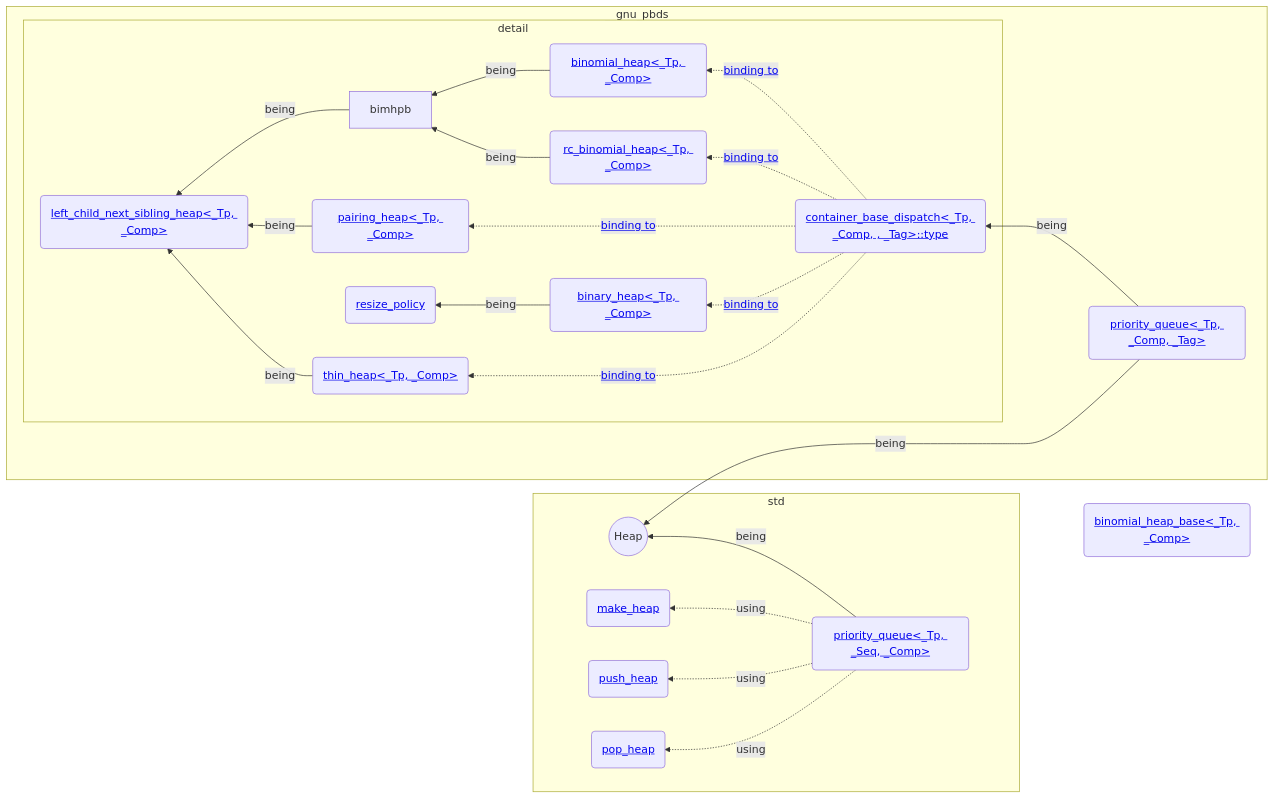
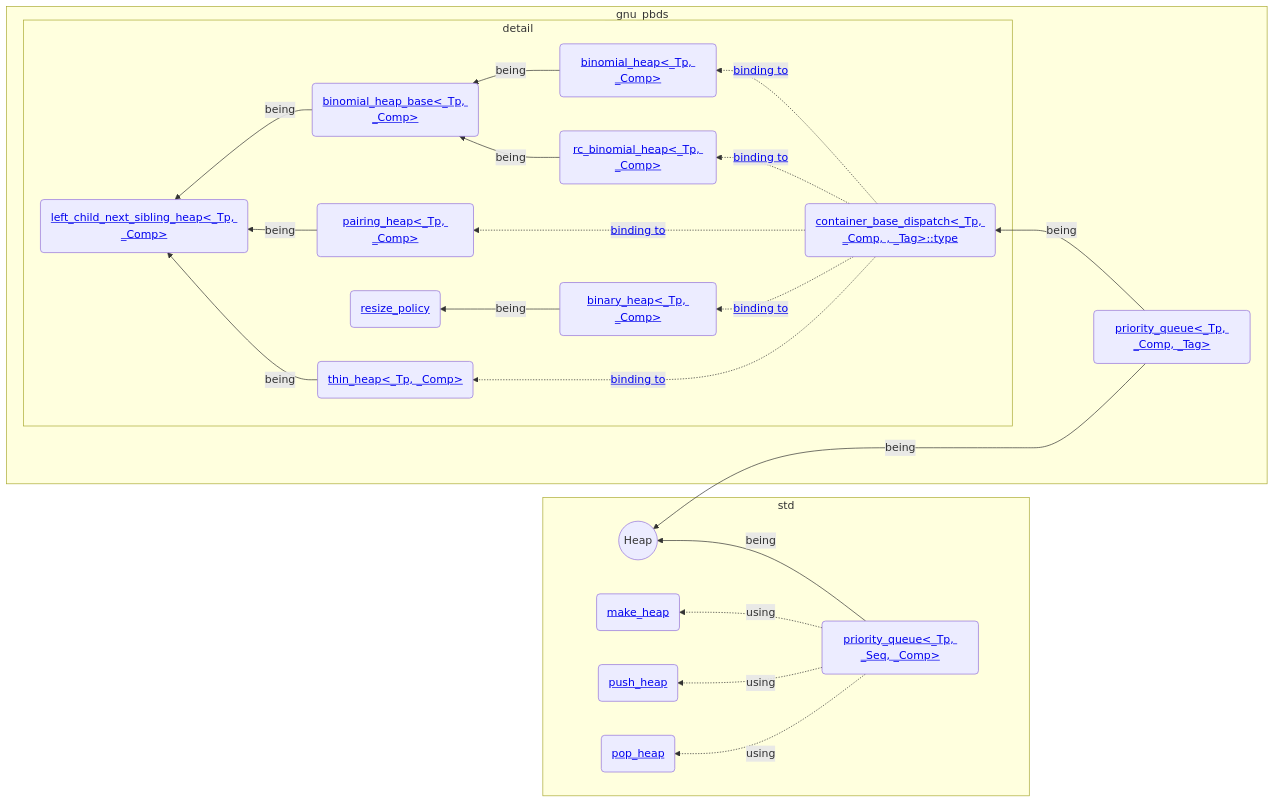
One commit to AsherJingkongChen/ds-assign4 changed the diagram in doc/priority_queue.md. Above: the diagram before and after it, drawn with Mermaid.

Commit message:
Asher Chen commited at 2022-12-28_17-41-20

````diff
--- a/doc/priority_queue.md
+++ b/doc/priority_queue.md
@@ -3,47 +3,47 @@
 ```mermaid
 graph RL;
 heap((Heap));
 spq(<a href=https://gcc.gnu.org/onlinedocs/gcc-12.2.0/libstdc++/api/a08762.html>priority_queue<_Tp, _Seq, _Comp></a>);
 make(<a href=https://gcc.gnu.org/onlinedocs/gcc-12.2.0/libstdc++/api/a01614.html#ga2a685c934e85086e5ac372026e8064f6>make_heap</a>);
 push(<a href=https://gcc.gnu.org/onlinedocs/gcc-12.2.0/libstdc++/api/a01614.html#gab628ce505c9574f8929a0fa49ed514b3>push_heap</a>);
 pop(<a href=https://gcc.gnu.org/onlinedocs/gcc-12.2.0/libstdc++/api/a01614.html#ga0a57ba46981d46e0f3ebd4703d0ad18b>pop_heap);
 
 binhp(<a href=https://gcc.gnu.org/onlinedocs/gcc-12.2.0/libstdc++/api/a13278.html>binary_heap<_Tp, _Comp></a>);
 bimhp(<a href=https://gcc.gnu.org/onlinedocs/gcc-12.2.0/libstdc++/api/a13326.html>binomial_heap<_Tp, _Comp></a>);
 pahp(<a href=https://gcc.gnu.org/onlinedocs/gcc-12.2.0/libstdc++/api/a13550.html>pairing_heap<_Tp, _Comp></a>);
 rbimhp(<a href=https://gcc.gnu.org/onlinedocs/gcc-12.2.0/libstdc++/api/a13654.html>rc_binomial_heap<_Tp, _Comp></a>);
 thinhp(<a href=https://gcc.gnu.org/onlinedocs/gcc-12.2.0/libstdc++/api/a13702.html>thin_heap<_Tp, _Comp></a>);
 
 gpq(<a href=https://gcc.gnu.org/onlinedocs/gcc-12.2.0/libstdc++/api/a12902.html>priority_queue<_Tp, _Comp, _Tag></a>);
 gcbdtp(<a href=https://gcc.gnu.org/onlinedocs/gcc-12.2.0/libstdc++/api/a13070.html>container_base_dispatch<_Tp, _Comp, , _Tag>::type</a>);
 lcnsh(<a href=https://gcc.gnu.org/onlinedocs/gcc-12.2.0/libstdc++/api/a13482.html>left_child_next_sibling_heap<_Tp, _Comp></a>);
 rzplc(<a href=https://gcc.gnu.org/onlinedocs/gcc-12.2.0/libstdc++/api/a13322.html>resize_policy</a>);
-binhpb(<a href=https://gcc.gnu.org/onlinedocs/gcc-12.2.0/libstdc++/api/a13330.html>binomial_heap_base<_Tp, _Comp></a>);
+bimhpb(<a href=https://gcc.gnu.org/onlinedocs/gcc-12.2.0/libstdc++/api/a13330.html>binomial_heap_base<_Tp, _Comp></a>);
 
 subgraph std
   spq -->|being| heap;
   spq .->|using| make;
   spq .->|using| push;
   spq .->|using| pop;
 end
 
 subgraph __gnu_pbds
   gpq --->|being| heap;
   gpq -->|being| gcbdtp;
 
   subgraph detail
     gcbdtp .->|<a href=https://gcc.gnu.org/onlinedocs/gcc-12.2.0/libstdc++/api/a13162.html#adbbd8131d9a4cdc53e280a34f161dd3c>binding to</a>| binhp;
     gcbdtp .->|<a href=https://gcc.gnu.org/onlinedocs/gcc-12.2.0/libstdc++/api/a13154.html#ab4cecfd9b1ed21229fe049cabebe321c>binding to</a>| bimhp;
     gcbdtp .->|<a href=https://gcc.gnu.org/onlinedocs/gcc-12.2.0/libstdc++/api/a13150.html#adecf3a56bd35a5ca376d0492e7123a7b>binding to</a>| pahp;
     gcbdtp .->|<a href=https://gcc.gnu.org/onlinedocs/gcc-12.2.0/libstdc++/api/a13158.html#a7d1df51ac2b0c2e893e450bf7fe9e379>binding to</a>| rbimhp;
     gcbdtp .->|<a href=https://gcc.gnu.org/onlinedocs/gcc-12.2.0/libstdc++/api/a13166.html#a9810405868a4fa2e115def4f7da71b66>binding to</a>| thinhp;
 
     binhp -->|being| rzplc;
     bimhpb -->|being| lcnsh;
     bimhp -->|being| bimhpb;
     rbimhp -->|being| bimhpb;
     pahp --> |being| lcnsh;
     thinhp -->|being| lcnsh;
   end
 end
 ```
````
